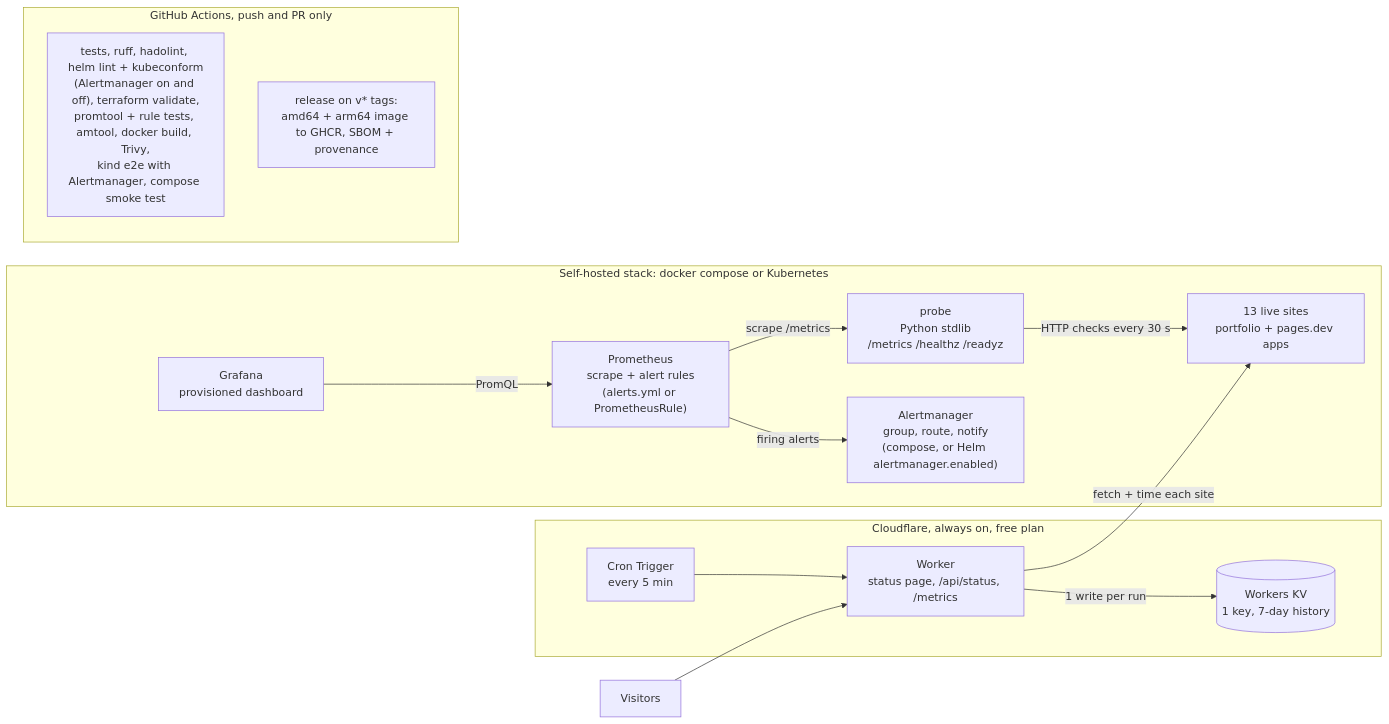
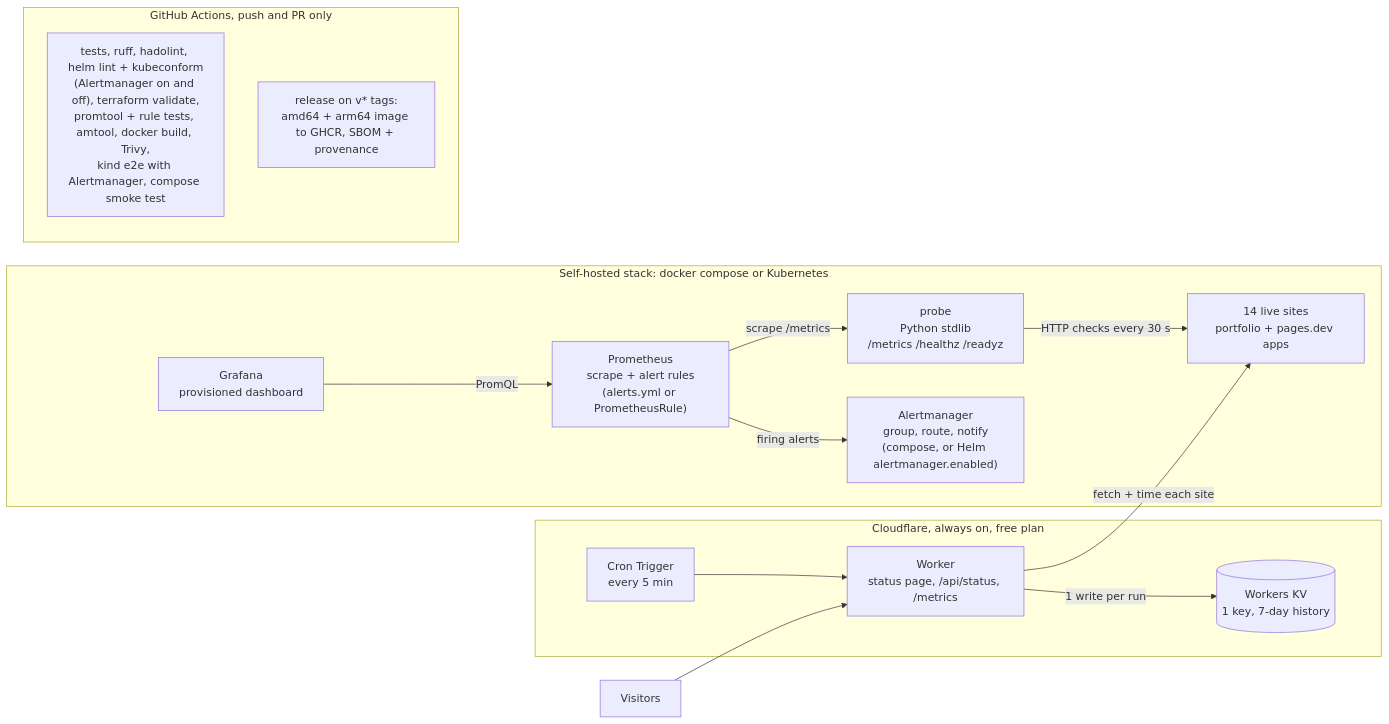
Before and after one commit to naniiic137/fleetwatch: the first of 2 diagrams in README.md, drawn with Mermaid. The commit also changed other lines of this file and 6 other files, not shown here.

````diff
--- a/README.md
+++ b/README.md
@@ -18,31 +18,31 @@
 ```mermaid
 flowchart LR
-    sites["13 live sites<br/>portfolio + pages.dev apps"]
+    sites["14 live sites<br/>portfolio + pages.dev apps"]
 
     subgraph local["Self-hosted stack: docker compose or Kubernetes"]
         probe["probe<br/>Python stdlib<br/>/metrics /healthz /readyz"]
         prom["Prometheus<br/>scrape + alert rules<br/>(alerts.yml or PrometheusRule)"]
         am["Alertmanager<br/>group, route, notify<br/>(compose, or Helm alertmanager.enabled)"]
         graf["Grafana<br/>provisioned dashboard"]
         probe -- "HTTP checks every 30 s" --> sites
         prom -- "scrape /metrics" --> probe
         prom -- "firing alerts" --> am
         graf -- "PromQL" --> prom
     end
 
     subgraph cf["Cloudflare, always on, free plan"]
         cron["Cron Trigger<br/>every 5 min"]
         worker["Worker<br/>status page, /api/status, /metrics"]
         kv[("Workers KV<br/>1 key, 7-day history")]
         cron --> worker
         worker -- "fetch + time each site" --> sites
         worker -- "1 write per run" --> kv
     end
 
     visitors["Visitors"] --> worker
 
     subgraph gha["GitHub Actions, push and PR only"]
         ci["tests, ruff, hadolint, helm lint + kubeconform<br/>(Alertmanager on and off), terraform validate,<br/>promtool + rule tests, amtool, docker build, Trivy,<br/>kind e2e with Alertmanager, compose smoke test"]
         rel["release on v* tags:<br/>amd64 + arm64 image to GHCR, SBOM + provenance"]
     end
 ```
````
